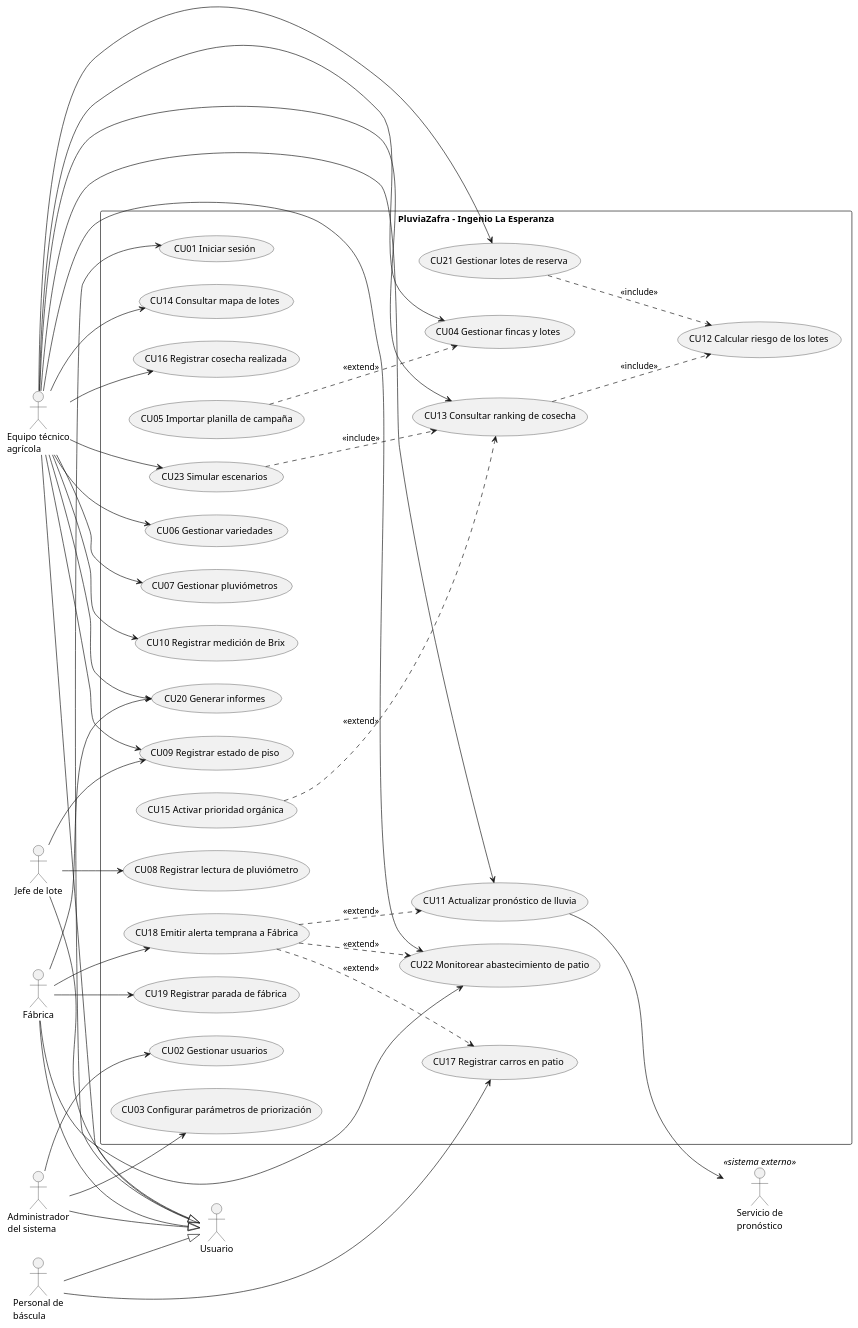
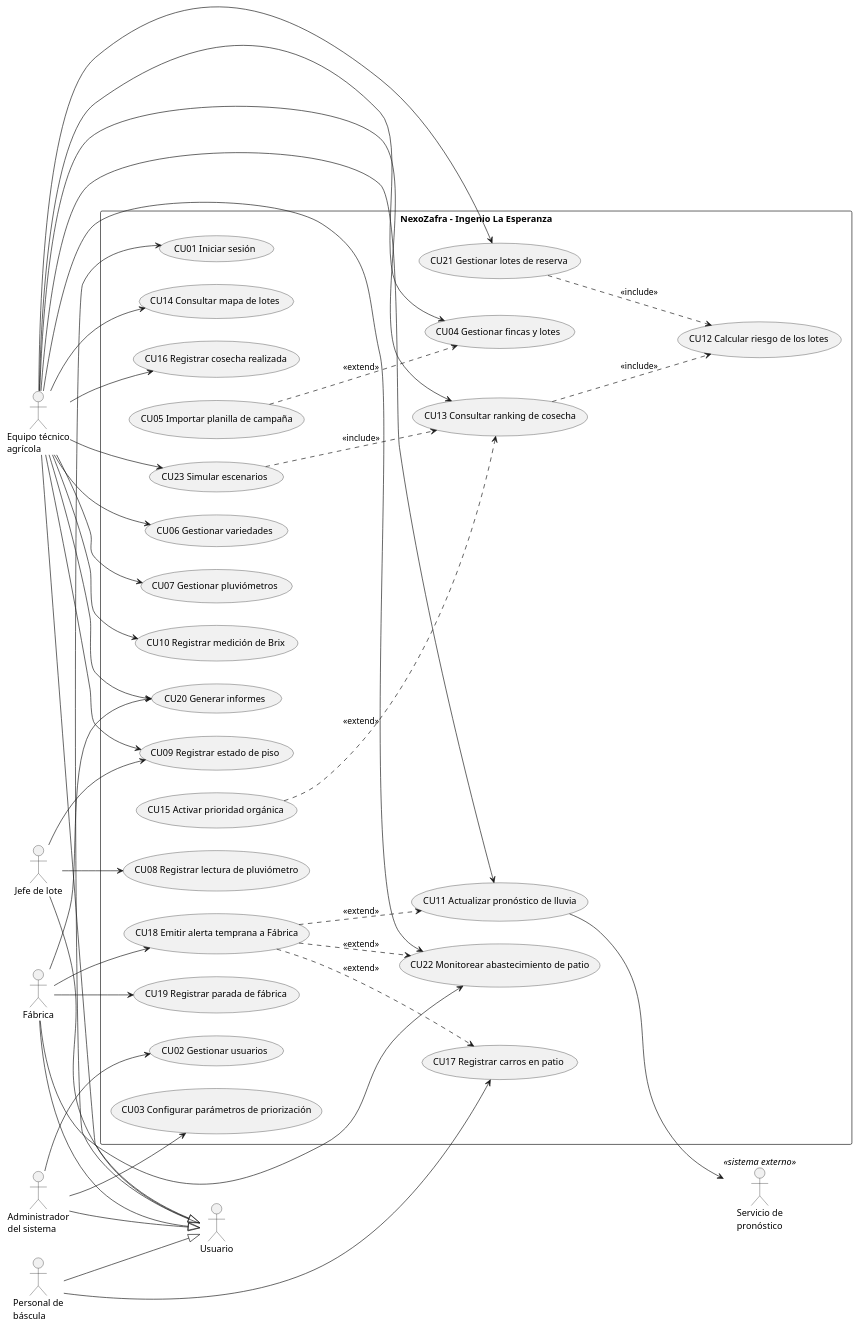
One commit to Surgeron/TrabajoCampo changed the diagram in docs/casos-de-uso-v2.md. Above: the diagram before and after it, drawn with PlantUML. The commit also changed other lines of this file and 5 other files, not shown here.

```diff
--- a/docs/casos-de-uso-v2.md
+++ b/docs/casos-de-uso-v2.md
@@ -94,7 +94,7 @@
 BAS --|> USR
 ADM --|> USR
 
-rectangle "PluviaZafra – Ingenio La Esperanza" {
+rectangle "NexoZafra – Ingenio La Esperanza" {
   usecase "CU01 Iniciar sesión" as CU01
   usecase "CU02 Gestionar usuarios" as CU02
   usecase "CU03 Configurar parámetros de priorización" as CU03
```
